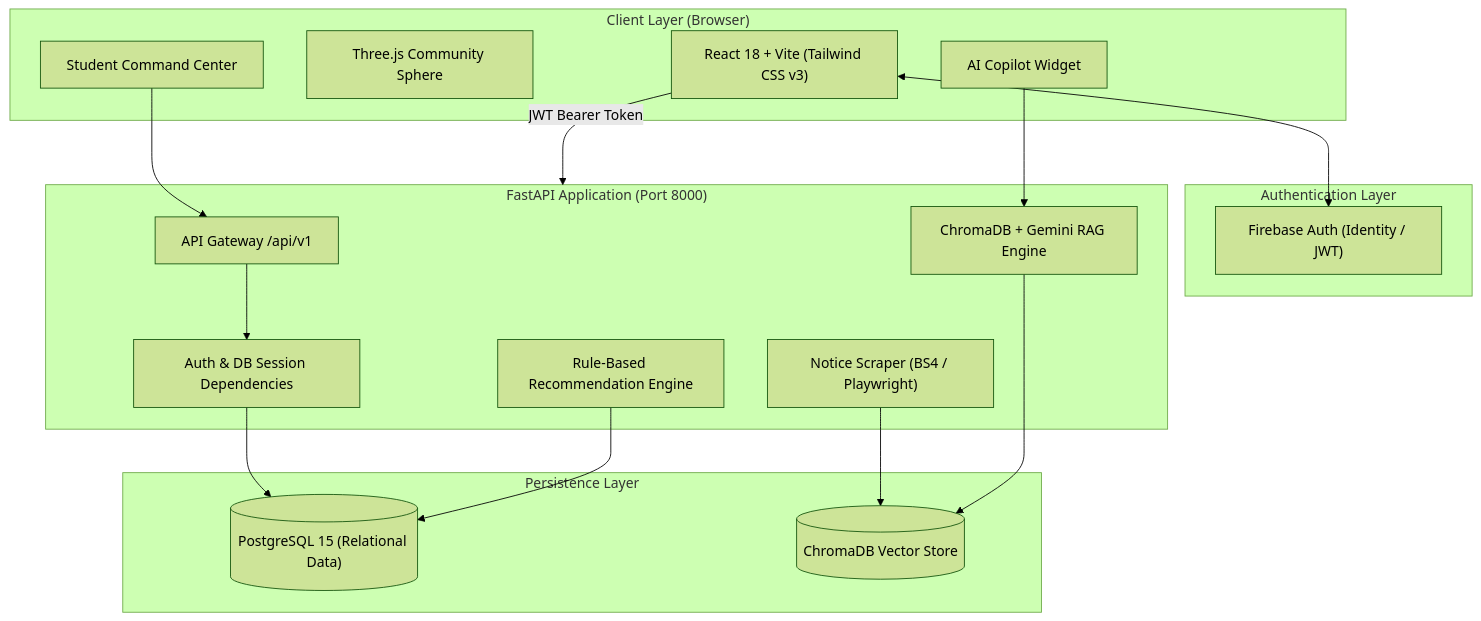
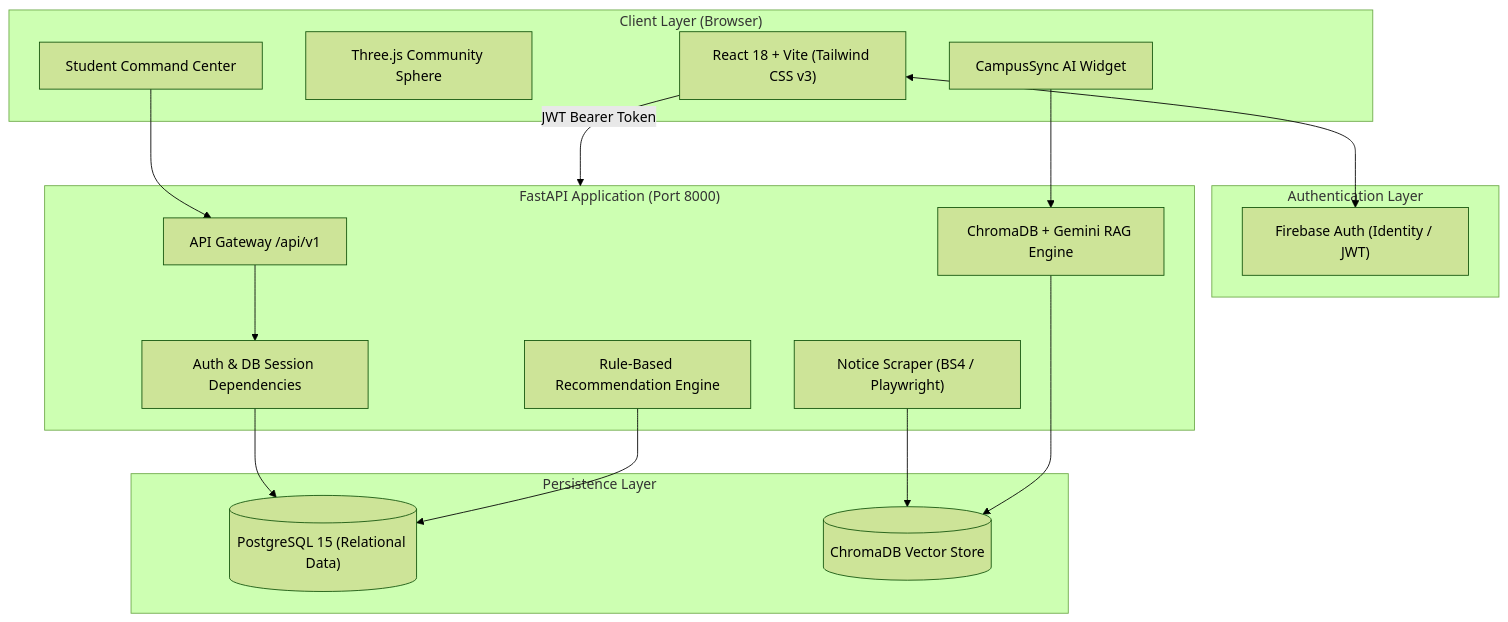
Before and after one commit to AshwaniSharma06/CampusSync: the first of 2 diagrams in ARCHITECTURE.md, drawn with Mermaid (forest theme). The commit also changed other lines of this file and 18 other files, not shown here.

Commit message:
feat(ai): integrate official google-genai SDK, remove Copilot branding, and standardize CampusSync AI

````diff
--- a/ARCHITECTURE.md
+++ b/ARCHITECTURE.md
@@ -9,36 +9,36 @@
 ```mermaid
 flowchart TD
     subgraph Client ["Client Layer (Browser)"]
         UI["React 18 + Vite (Tailwind CSS v3)"]
         ThreeCanvas["Three.js Community Sphere"]
-        CopilotWidget["AI Copilot Widget"]
+        AIWidget["CampusSync AI Widget"]
         Dashboard["Student Command Center"]
     end
 
     subgraph AuthLayer ["Authentication Layer"]
         Firebase["Firebase Auth (Identity / JWT)"]
     end
 
     subgraph APILayer ["FastAPI Application (Port 8000)"]
         Router["API Gateway /api/v1"]
         Deps["Auth & DB Session Dependencies"]
         RecEngine["Rule-Based Recommendation Engine"]
         RAGModule["ChromaDB + Gemini RAG Engine"]
         ScraperModule["Notice Scraper (BS4 / Playwright)"]
     end
 
     subgraph DataStorage ["Persistence Layer"]
         PostgreSQL[("PostgreSQL 15 (Relational Data)")]
         ChromaStore[("ChromaDB Vector Store")]
     end
 
     UI -->|JWT Bearer Token| APILayer
     UI <--> Firebase
     Dashboard --> Router
-    CopilotWidget --> RAGModule
+    AIWidget --> RAGModule
     Router --> Deps
     Deps --> PostgreSQL
     RecEngine --> PostgreSQL
     ScraperModule --> ChromaStore
     RAGModule --> ChromaStore
 ```
````
